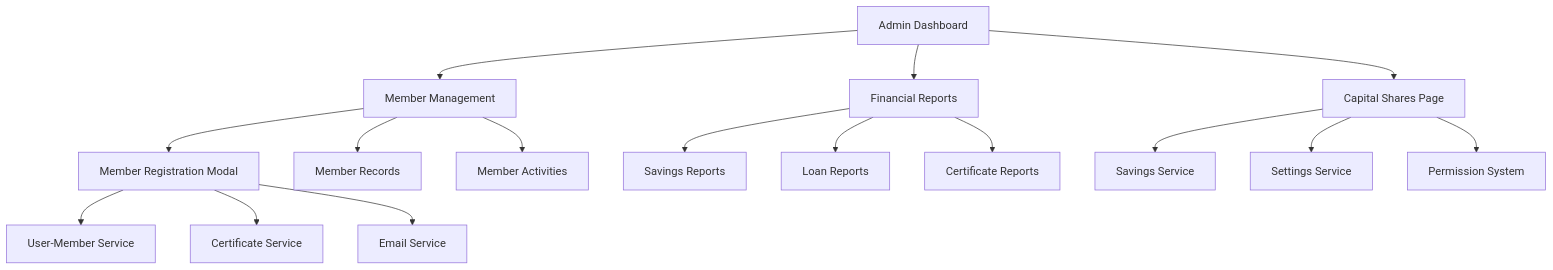
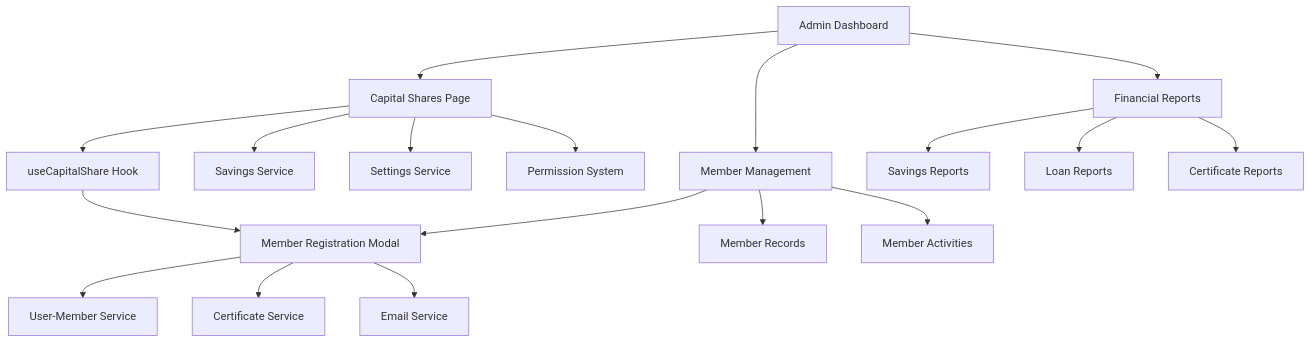
The third of 12 diagrams in .qoder/repowiki/en/content/Project Overview/Core Features & Functionality/Administrative Features/Capital Shares Management System.md (Unsure-bry/sampacoop_system), drawn with Mermaid before and after one commit. The commit also changed other lines of this file and 5 other files, not shown here.

````diff
--- a/.qoder/repowiki/en/content/Project Overview/Core Features & Functionality/Administrative Features/Capital Shares Management System.md
+++ b/.qoder/repowiki/en/content/Project Overview/Core Features & Functionality/Administrative Features/Capital Shares Management System.md
@@ -181,18 +201,20 @@
 ```mermaid
 graph TD
 AdminDashboard[Admin Dashboard] --> CapitalShares[Capital Shares Page]
 AdminDashboard --> MemberManagement[Member Management]
 AdminDashboard --> FinancialReports[Financial Reports]
 MemberManagement --> MemberRegistration[Member Registration Modal]
 MemberManagement --> MemberRecords[Member Records]
 MemberManagement --> MemberActivities[Member Activities]
 FinancialReports --> SavingsReport[Savings Reports]
 FinancialReports --> LoanReports[Loan Reports]
 FinancialReports --> CertificateReports[Certificate Reports]
+CapitalShares --> useCapitalShare[useCapitalShare Hook]
 CapitalShares --> SavingsService[Savings Service]
 CapitalShares --> SettingsService[Settings Service]
 CapitalShares --> Permissions[Permission System]
+useCapitalShare --> MemberRegistration[Member Registration Modal]
 MemberRegistration --> UserMemberService[User-Member Service]
 MemberRegistration --> CertificateService[Certificate Service]
 MemberRegistration --> EmailService[Email Service]
 ```
````
